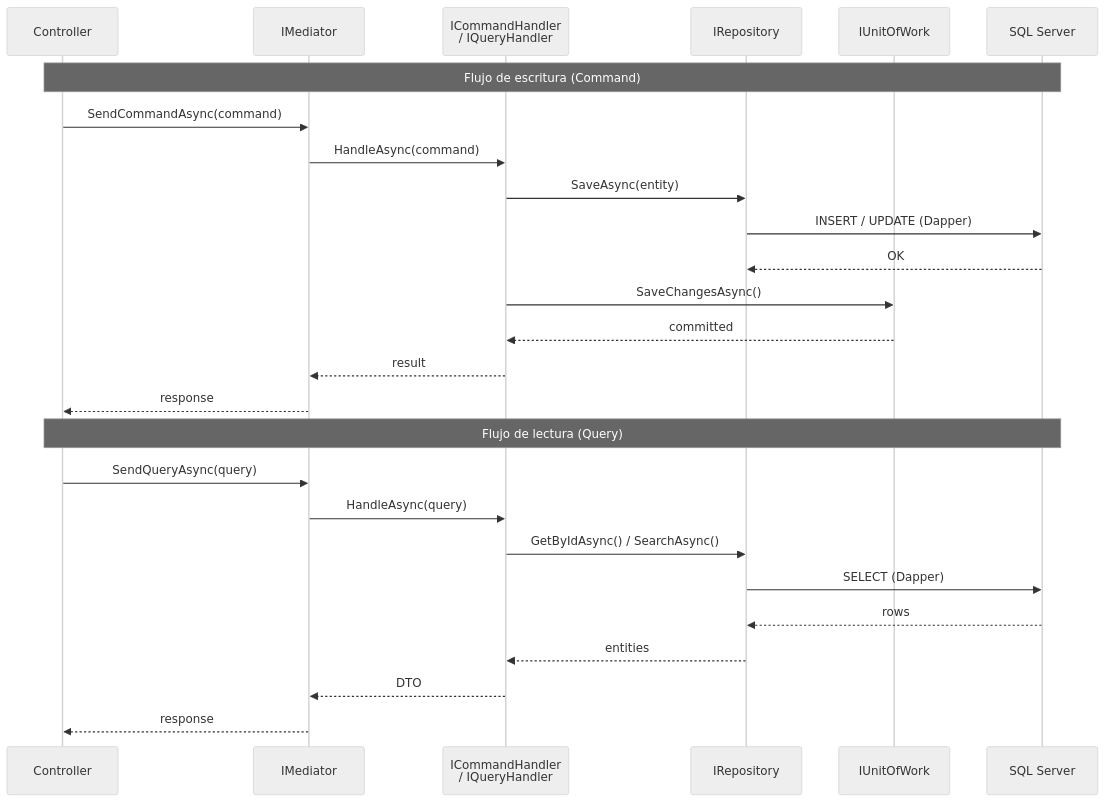
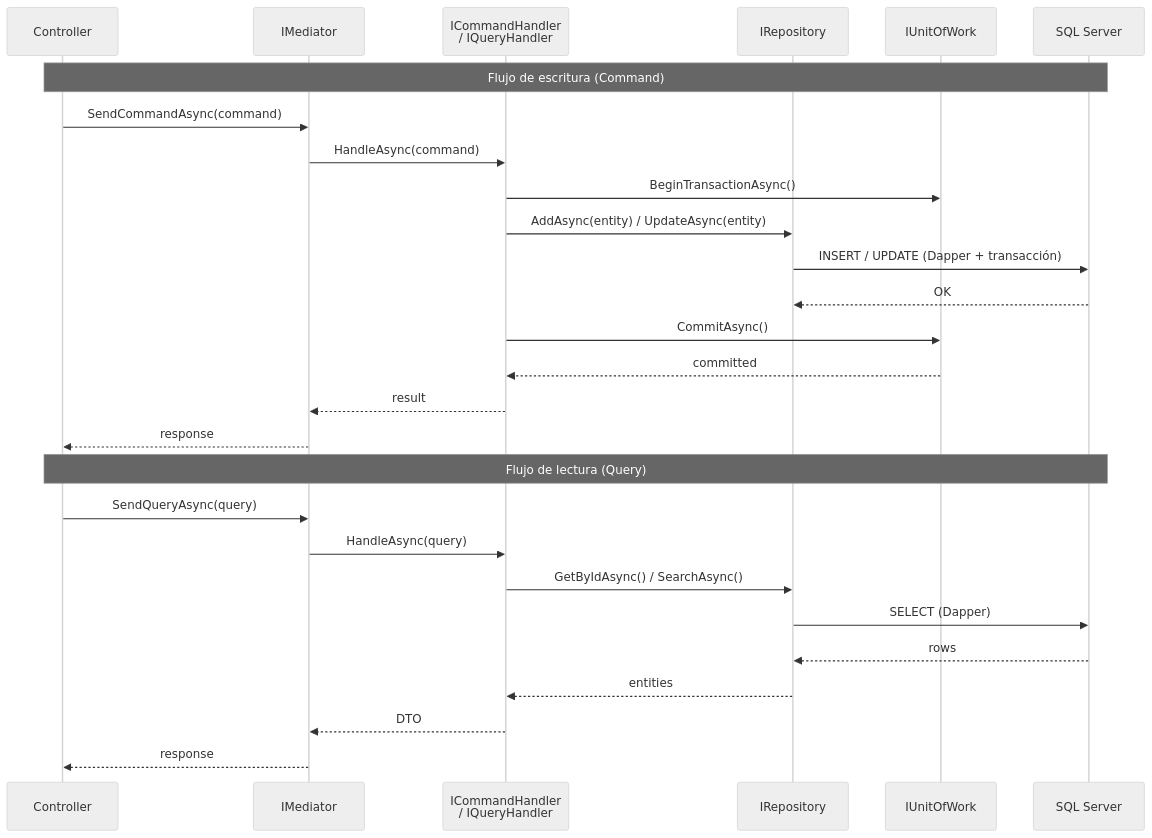
The third of 10 diagrams in docs/diagrams/diagramas.md (alopez18/CampingIA), drawn with Mermaid (neutral theme) before and after one commit. The commit also changed 17 other files, not shown here.

````diff
--- a/docs/diagrams/diagramas.md
+++ b/docs/diagrams/diagramas.md
@@ -137,30 +137,31 @@
 ```mermaid
 sequenceDiagram
 	participant C as Controller
 	participant M as IMediator
 	participant CH as ICommandHandler<br/>/ IQueryHandler
 	participant R as IRepository
 	participant UW as IUnitOfWork
 	participant DB as SQL Server
 
 	Note over C,DB: Flujo de escritura (Command)
 	C->>M: SendCommandAsync(command)
 	M->>CH: HandleAsync(command)
-	CH->>R: SaveAsync(entity)
-	R->>DB: INSERT / UPDATE (Dapper)
+	CH->>UW: BeginTransactionAsync()
+	CH->>R: AddAsync(entity) / UpdateAsync(entity)
+	R->>DB: INSERT / UPDATE (Dapper + transacción)
 	DB-->>R: OK
-	CH->>UW: SaveChangesAsync()
+	CH->>UW: CommitAsync()
 	UW-->>CH: committed
 	CH-->>M: result
 	M-->>C: response
 
 	Note over C,DB: Flujo de lectura (Query)
 	C->>M: SendQueryAsync(query)
 	M->>CH: HandleAsync(query)
 	CH->>R: GetByIdAsync() / SearchAsync()
 	R->>DB: SELECT (Dapper)
 	DB-->>R: rows
 	R-->>CH: entities
 	CH-->>M: DTO
 	M-->>C: response
 ```
````
